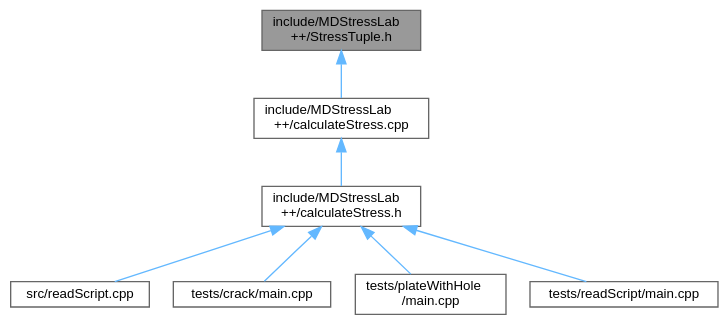
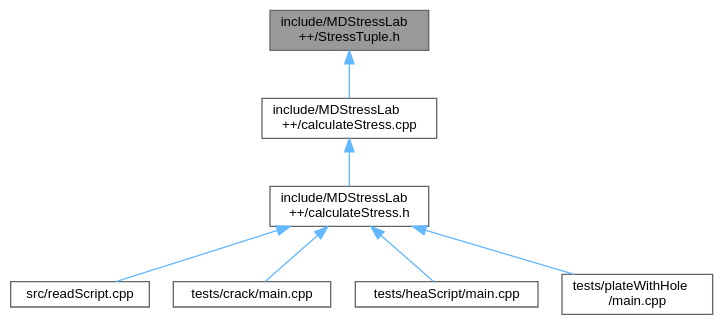
The diagram in StressTuple_8h__dep__incl.dot (nikhil-admal/mdstresslab), drawn with Graphviz before and after one commit. The commit also changed 110 other files, not shown here.

```diff
--- a/StressTuple_8h__dep__incl.dot
+++ b/StressTuple_8h__dep__incl.dot
@@ -1,20 +1,20 @@
 digraph "include/MDStressLab++/StressTuple.h"
 {
  // LATEX_PDF_SIZE
   bgcolor="transparent";
   edge [fontname=Helvetica,fontsize=10,labelfontname=Helvetica,labelfontsize=10];
   node [fontname=Helvetica,fontsize=10,shape=box,height=0.2,width=0.4];
   Node1 [id="Node000001",label="include/MDStressLab\l++/StressTuple.h",height=0.2,width=0.4,color="gray40", fillcolor="grey60", style="filled", fontcolor="black",tooltip=" "];
   Node1 -> Node2 [id="edge1_Node000001_Node000002",dir="back",color="steelblue1",style="solid",tooltip=" "];
   Node2 [id="Node000002",label="include/MDStressLab\l++/calculateStress.cpp",height=0.2,width=0.4,color="grey40", fillcolor="white", style="filled",URL="$calculateStress_8cpp.html",tooltip=" "];
   Node2 -> Node3 [id="edge2_Node000002_Node000003",dir="back",color="steelblue1",style="solid",tooltip=" "];
   Node3 [id="Node000003",label="include/MDStressLab\l++/calculateStress.h",height=0.2,width=0.4,color="grey40", fillcolor="white", style="filled",URL="$calculateStress_8h.html",tooltip=" "];
   Node3 -> Node4 [id="edge3_Node000003_Node000004",dir="back",color="steelblue1",style="solid",tooltip=" "];
   Node4 [id="Node000004",label="src/readScript.cpp",height=0.2,width=0.4,color="grey40", fillcolor="white", style="filled",URL="$readScript_8cpp.html",tooltip=" "];
   Node3 -> Node5 [id="edge4_Node000003_Node000005",dir="back",color="steelblue1",style="solid",tooltip=" "];
   Node5 [id="Node000005",label="tests/crack/main.cpp",height=0.2,width=0.4,color="grey40", fillcolor="white", style="filled",URL="$crack_2main_8cpp.html",tooltip=" "];
   Node3 -> Node6 [id="edge5_Node000003_Node000006",dir="back",color="steelblue1",style="solid",tooltip=" "];
-  Node6 [id="Node000006",label="tests/plateWithHole\l/main.cpp",height=0.2,width=0.4,color="grey40", fillcolor="white", style="filled",URL="$plateWithHole_2main_8cpp.html",tooltip=" "];
+  Node6 [id="Node000006",label="tests/heaScript/main.cpp",height=0.2,width=0.4,color="grey40", fillcolor="white", style="filled",URL="$heaScript_2main_8cpp.html",tooltip=" "];
   Node3 -> Node7 [id="edge6_Node000003_Node000007",dir="back",color="steelblue1",style="solid",tooltip=" "];
-  Node7 [id="Node000007",label="tests/readScript/main.cpp",height=0.2,width=0.4,color="grey40", fillcolor="white", style="filled",URL="$readScript_2main_8cpp.html",tooltip=" "];
+  Node7 [id="Node000007",label="tests/plateWithHole\l/main.cpp",height=0.2,width=0.4,color="grey40", fillcolor="white", style="filled",URL="$plateWithHole_2main_8cpp.html",tooltip=" "];
 }
```
